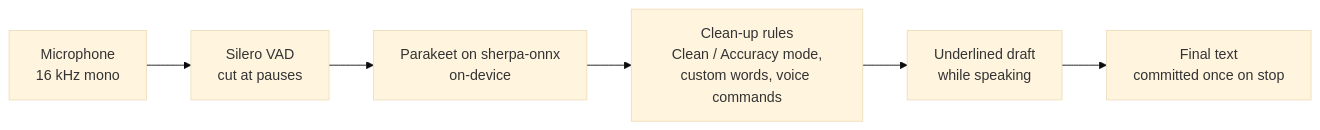
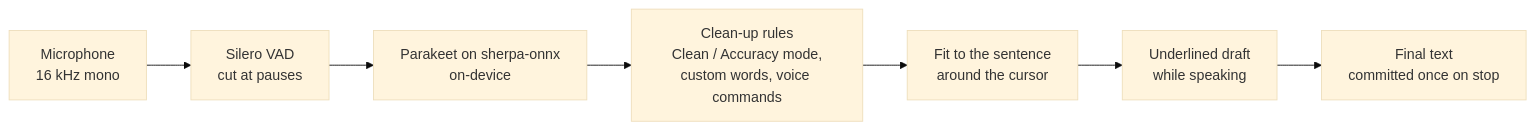
One commit to muhib-karim/humming-keyboard changed the diagram in README.md. Above: the diagram before and after it, drawn with Mermaid (base theme). The commit also changed other lines of this file and 4 other files, not shown here.

````diff
--- a/README.md
+++ b/README.md
@@ -556,8 +249,9 @@
 ```mermaid
 flowchart LR
     Mic[Microphone<br/>16 kHz mono] --> VAD[Silero VAD<br/>cut at pauses]
     VAD --> ASR[Parakeet on sherpa-onnx<br/>on-device]
     ASR --> Clean[Clean-up rules<br/>Clean / Accuracy mode,<br/>custom words, voice commands]
-    Clean --> Draft[Underlined draft<br/>while speaking]
+    Clean --> Join[Fit to the sentence<br/>around the cursor]
+    Join --> Draft[Underlined draft<br/>while speaking]
     Draft --> Commit[Final text<br/>committed once on stop]
 ```
````
